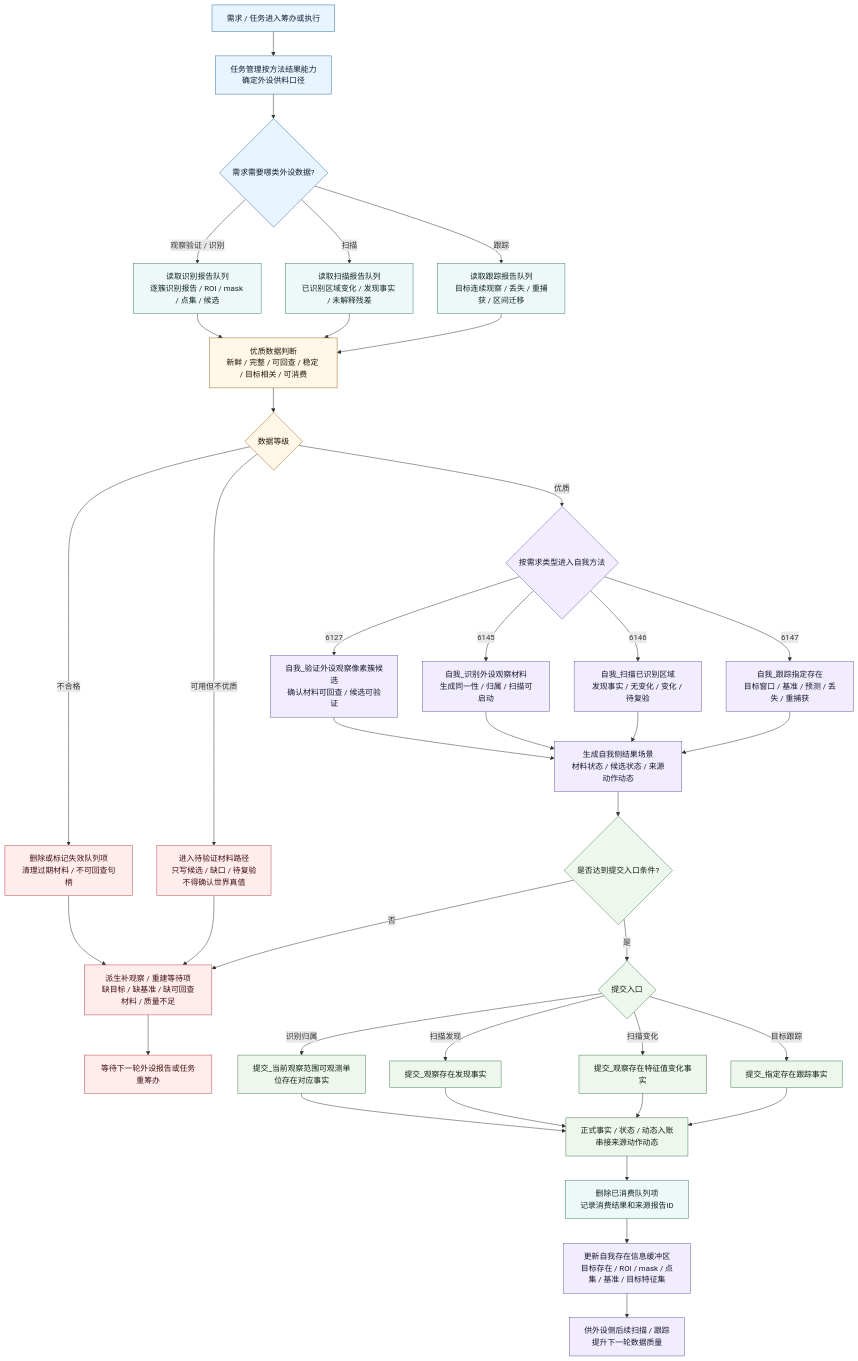
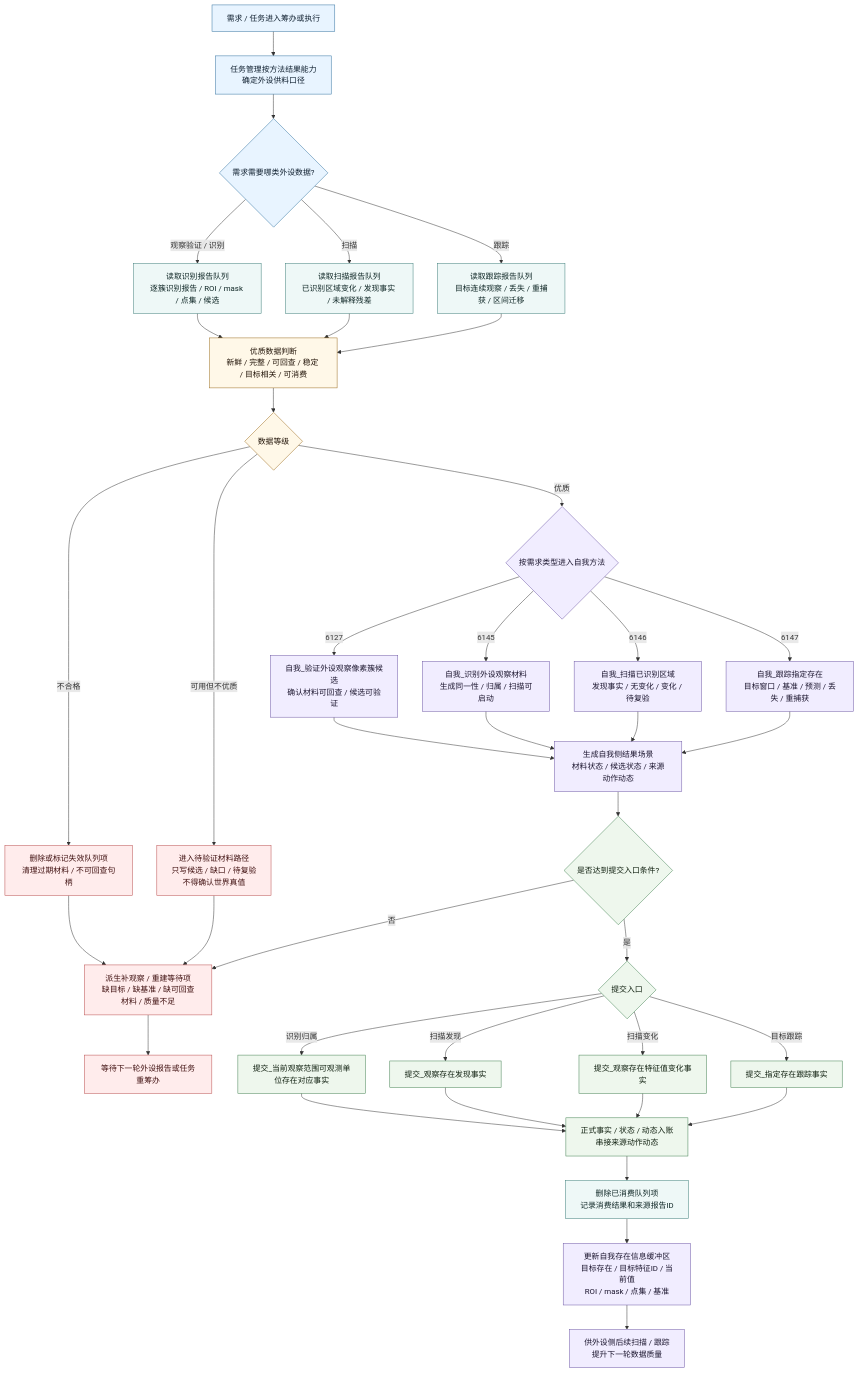
Before and after one commit to chunhaizh-cyber/Birthplace-of-digital-civilization: the first of 3 diagrams in 流程图/20260606_外设工作流程图_v0.2.md, drawn with Mermaid. The commit also changed other lines of this file and 5 other files, not shown here.

````diff
--- a/流程图/20260606_外设工作流程图_v0.2.md
+++ b/流程图/20260606_外设工作流程图_v0.2.md
@@ -43,64 +43,64 @@
 ```mermaid
 flowchart TB
     A["需求 / 任务进入筹办或执行"] --> B["任务管理按方法结果能力<br/>确定外设供料口径"]
     B --> C{"需求需要哪类外设数据?"}
 
     C -->|观察验证 / 识别| D1["读取识别报告队列<br/>逐簇识别报告 / ROI / mask / 点集 / 候选"]
     C -->|扫描| D2["读取扫描报告队列<br/>已识别区域变化 / 发现事实 / 未解释残差"]
     C -->|跟踪| D3["读取跟踪报告队列<br/>目标连续观察 / 丢失 / 重捕获 / 区间迁移"]
 
     D1 --> E["优质数据判断<br/>新鲜 / 完整 / 可回查 / 稳定 / 目标相关 / 可消费"]
     D2 --> E
     D3 --> E
 
     E --> F{"数据等级"}
     F -->|不合格| G["删除或标记失效队列项<br/>清理过期材料 / 不可回查句柄"]
     G --> H["派生补观察 / 重建等待项<br/>缺目标 / 缺基准 / 缺可回查材料 / 质量不足"]
 
     F -->|可用但不优质| I["进入待验证材料路径<br/>只写候选 / 缺口 / 待复验<br/>不得确认世界真值"]
     I --> H
 
     F -->|优质| J{"按需求类型进入自我方法"}
     J -->|6127| K["自我_验证外设观察像素簇候选<br/>确认材料可回查 / 候选可验证"]
     J -->|6145| L["自我_识别外设观察材料<br/>生成同一性 / 归属 / 扫描可启动"]
     J -->|6146| M["自我_扫描已识别区域<br/>发现事实 / 无变化 / 变化 / 待复验"]
     J -->|6147| N["自我_跟踪指定存在<br/>目标窗口 / 基准 / 预测 / 丢失 / 重捕获"]
 
     K --> O["生成自我侧结果场景<br/>材料状态 / 候选状态 / 来源动作动态"]
     L --> O
     M --> O
     N --> O
 
     O --> P{"是否达到提交入口条件?"}
     P -->|否| H
     P -->|是| Q{"提交入口"}
 
     Q -->|识别归属| R1["提交_当前观察范围可观测单位存在对应事实"]
     Q -->|扫描发现| R2["提交_观察存在发现事实"]
     Q -->|扫描变化| R3["提交_观察存在特征值变化事实"]
     Q -->|目标跟踪| R4["提交_指定存在跟踪事实"]
 
     R1 --> S["正式事实 / 状态 / 动态入账<br/>串接来源动作动态"]
     R2 --> S
     R3 --> S
     R4 --> S
 
     S --> T["删除已消费队列项<br/>记录消费结果和来源报告ID"]
-    T --> U["更新自我存在信息缓冲区<br/>目标存在 / ROI / mask / 点集 / 基准 / 目标特征集"]
+    T --> U["更新自我存在信息缓冲区<br/>目标存在 / 目标特征ID / 当前值<br/>ROI / mask / 点集 / 基准"]
     U --> V["供外设侧后续扫描 / 跟踪<br/>提升下一轮数据质量"]
     H --> W["等待下一轮外设报告或任务重筹办"]
 
     classDef demand fill:#e8f4ff,stroke:#2f6f9f,color:#102030;
     classDef queue fill:#eef8f7,stroke:#397b77,color:#102827;
     classDef quality fill:#fff8e8,stroke:#9a6a1a,color:#24160a;
     classDef self fill:#f1edff,stroke:#6c56a4,color:#1d1730;
     classDef submit fill:#eef7ed,stroke:#3f7f4f,color:#102010;
     classDef gap fill:#ffecec,stroke:#b84a4a,color:#401111;
 
     class A,B,C demand;
     class D1,D2,D3,T queue;
     class E,F quality;
     class J,K,L,M,N,O,U,V self;
     class P,Q,R1,R2,R3,R4,S submit;
     class G,H,I,W gap;
 ```
````
